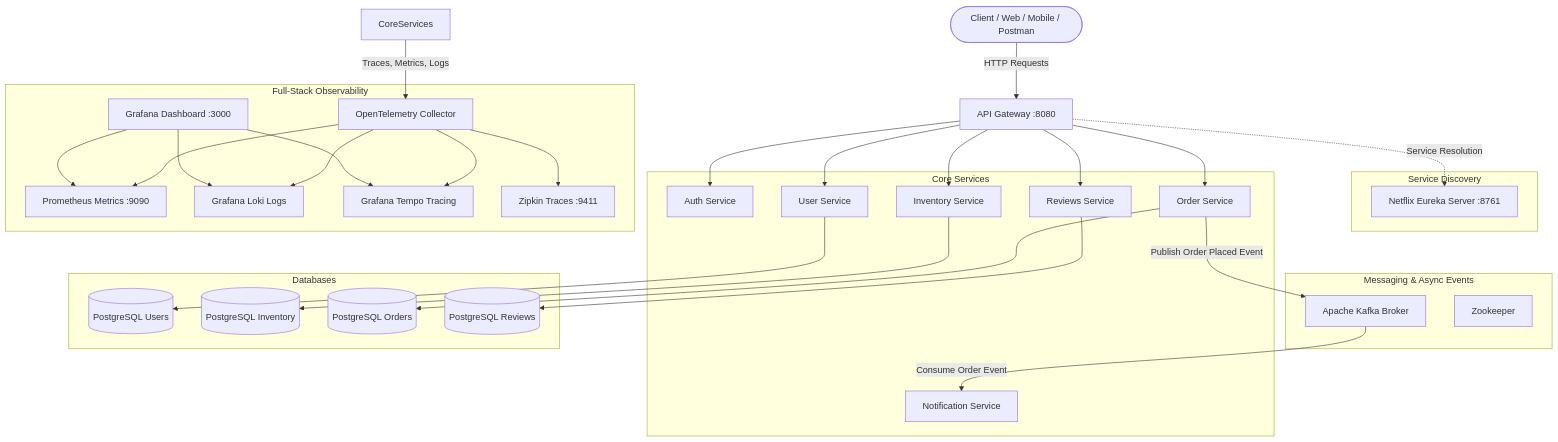
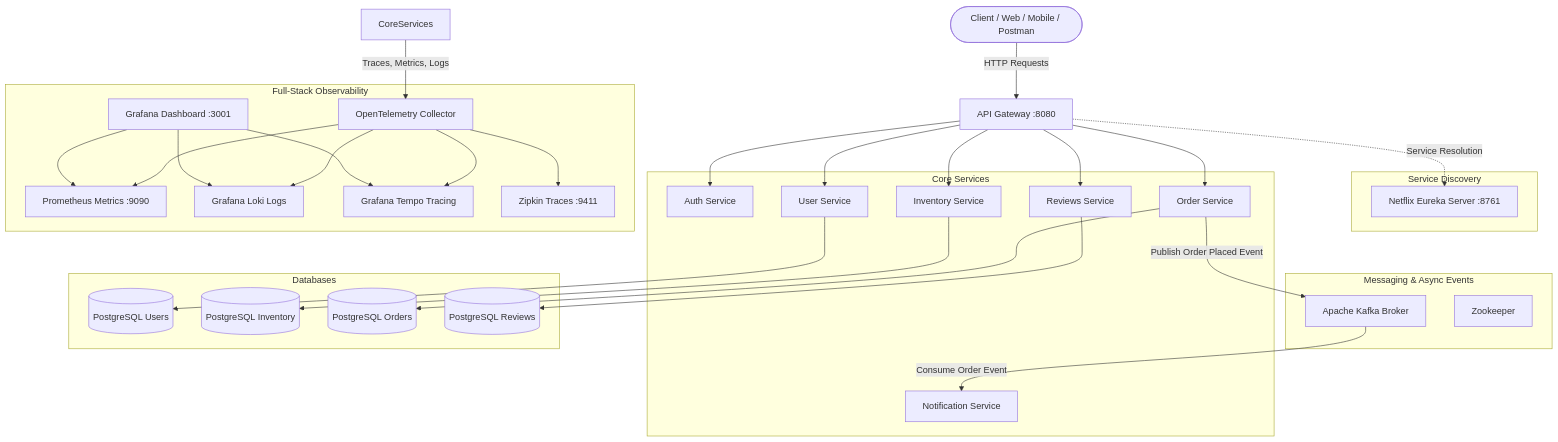
One commit to aniket252005/ecommerce-microservices-platform changed the diagram in README.md. Above: the diagram before and after it, drawn with Mermaid. The commit also changed other lines of this file and 3 other files, not shown here.

````diff
--- a/README.md
+++ b/README.md
@@ -38,63 +38,63 @@
 ```mermaid
 flowchart TD
     Client([Client / Web / Mobile / Postman]) -->|HTTP Requests| Gateway[API Gateway :8080]
 
     subgraph Service Discovery
         Eureka[Netflix Eureka Server :8761]
     end
 
     Gateway -.->|Service Resolution| Eureka
 
     subgraph Core Services
         AuthService[Auth Service]
         UserService[User Service]
         InventoryService[Inventory Service]
         OrderService[Order Service]
         ReviewsService[Reviews Service]
         NotificationService[Notification Service]
     end
 
     Gateway --> AuthService
     Gateway --> UserService
     Gateway --> InventoryService
     Gateway --> OrderService
     Gateway --> ReviewsService
 
     subgraph Messaging & Async Events
         Kafka[Apache Kafka Broker]
         Zookeeper[Zookeeper]
     end
 
     OrderService -->|Publish Order Placed Event| Kafka
     Kafka -->|Consume Order Event| NotificationService
 
     subgraph Databases
         DBUsers[(PostgreSQL Users)]
         DBInventory[(PostgreSQL Inventory)]
         DBOrders[(PostgreSQL Orders)]
         DBReviews[(PostgreSQL Reviews)]
     end
 
     UserService --> DBUsers
     InventoryService --> DBInventory
     OrderService --> DBOrders
     ReviewsService --> DBReviews
 
     subgraph Full-Stack Observability
         OtelCollector[OpenTelemetry Collector]
         Prometheus[Prometheus Metrics :9090]
-        Grafana[Grafana Dashboard :3000]
+        Grafana[Grafana Dashboard :3001]
         Loki[Grafana Loki Logs]
         Tempo[Grafana Tempo Tracing]
         Zipkin[Zipkin Traces :9411]
     end
 
     CoreServices -->|Traces, Metrics, Logs| OtelCollector
     OtelCollector --> Prometheus
     OtelCollector --> Loki
     OtelCollector --> Tempo
     OtelCollector --> Zipkin
     Grafana --> Prometheus
     Grafana --> Loki
     Grafana --> Tempo
 ```
````
